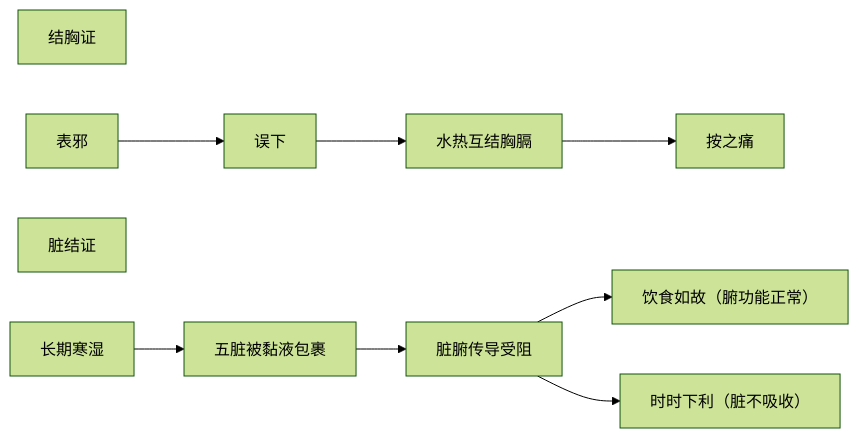
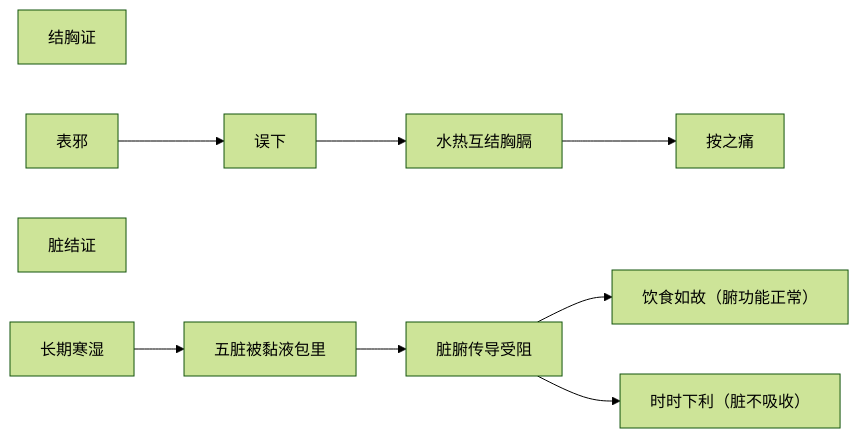
One commit to acuherb/acuherb.github.io changed the diagram in posts/shanghanlun-142/index.md. Above: the diagram before and after it, drawn with Mermaid (forest theme). The commit also changed 2097 other files, not shown here.

````diff
--- a/posts/shanghanlun-142/index.md
+++ b/posts/shanghanlun-142/index.md
@@ -60,14 +60,14 @@
 ```mermaid
 graph LR
 
     结胸证
     A1[表邪] --> A2[误下]
     A2 --> A3[水热互结胸膈]
     A3 --> A4[按之痛]
 
     脏结证
-    B1[长期寒湿] --> B2[五脏被黏液包裹]
+    B1[长期寒湿] --> B2[五脏被黏液包里]
     B2 --> B3[脏腑传导受阻]
     B3 --> B4a[饮食如故（腑功能正常）]
     B3 --> B4b[时时下利（脏不吸收）]
 ```
````
